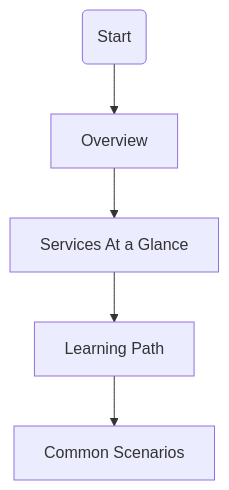
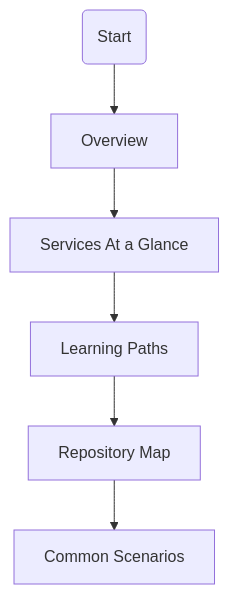
The diagram in docs/start-here/index.md (yeongseon/azure-storage-practical-guide), drawn with Mermaid before and after one commit. The commit also changed other lines of this file and 9 other files, not shown here.

````diff
--- a/docs/start-here/index.md
+++ b/docs/start-here/index.md
@@ -26,7 +27,8 @@
 ```mermaid
 graph TD
     Start(Start) --> Overview[Overview]
     Overview --> Comparison[Services At a Glance]
-    Comparison --> Path[Learning Path]
-    Path --> Scenarios[Common Scenarios]
+    Comparison --> Path[Learning Paths]
+    Path --> Map[Repository Map]
+    Map --> Scenarios[Common Scenarios]
 ```
````
